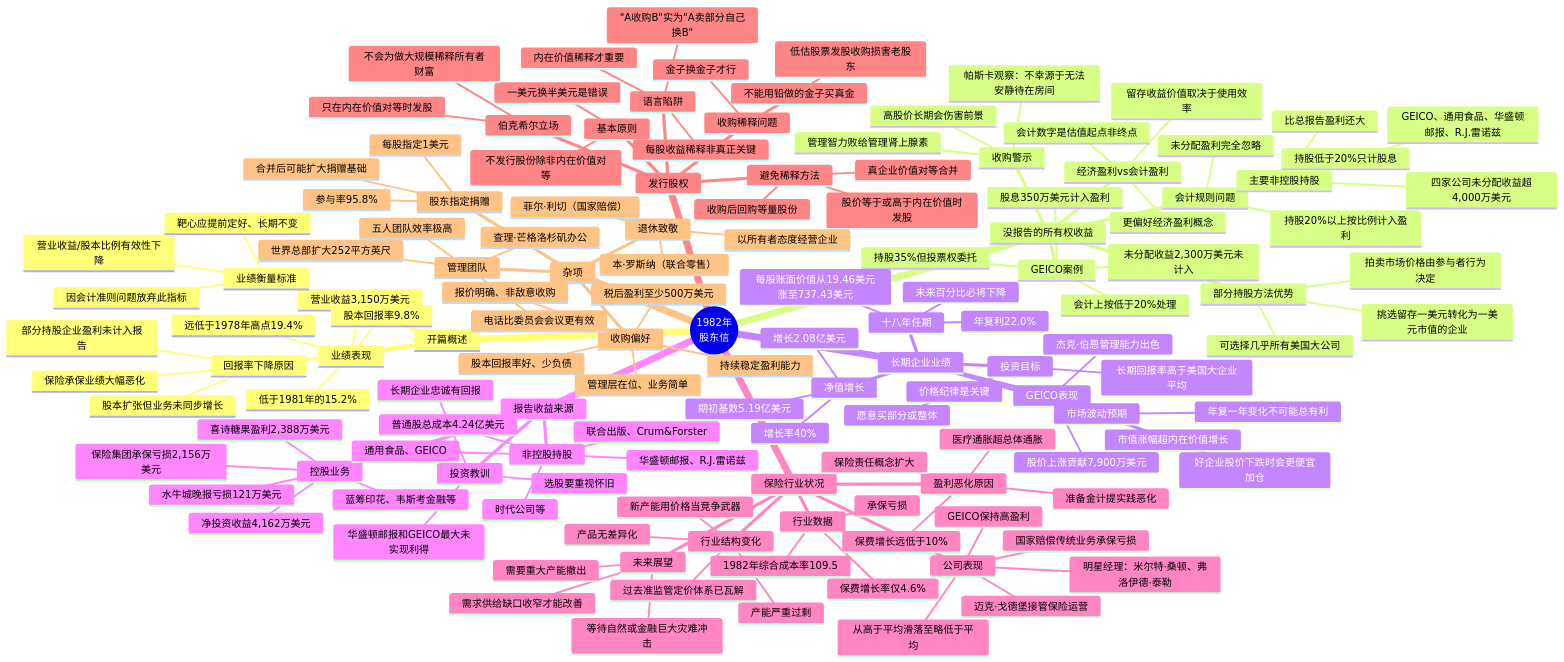
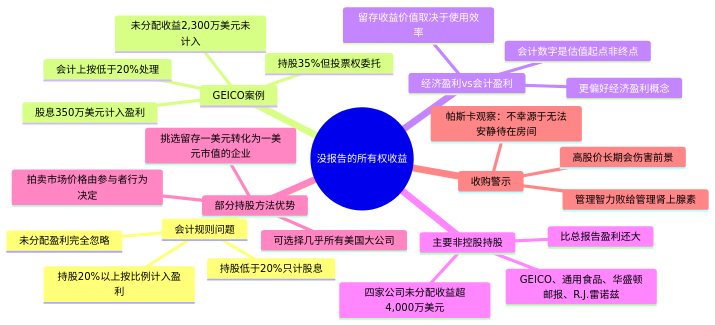
The third of 8 diagrams in docs/01_letters/1982年/思维导图.md (carllhm/buffett-knowledge-base), drawn with Mermaid before and after one commit. The commit also changed other lines of this file and 719 other files, not shown here.

Commit message:
思维导图重构：两级结构，总览+折叠子导图

````diff
--- a/docs/01_letters/1982年/思维导图.md
+++ b/docs/01_letters/1982年/思维导图.md
@@ -3,145 +83,29 @@
 ```mermaid
 mindmap
-  root((1982年<br/>股东信))
-    开篇概述
-      业绩表现
-        营业收益3,150万美元
-        股本回报率9.8%
-        低于1981年的15.2%
-        远低于1978年高点19.4%
-      回报率下降原因
-        保险承保业绩大幅恶化
-        股本扩张但业务未同步增长
-        部分持股企业盈利未计入报告
-      业绩衡量标准
-        营业收益/股本比例有效性下降
-        靶心应提前定好、长期不变
-        因会计准则问题放弃此指标
-    没报告的所有权收益
-      会计规则问题
-        持股20%以上按比例计入盈利
-        持股低于20%只计股息
-        未分配盈利完全忽略
-      GEICO案例
-        持股35%但投票权委托
-        会计上按低于20%处理
-        股息350万美元计入盈利
-        未分配收益2,300万美元未计入
-      经济盈利vs会计盈利
-        更偏好经济盈利概念
-        留存收益价值取决于使用效率
-        会计数字是估值起点非终点
-      主要非控股持股
-        四家公司未分配收益超4,000万美元
-        比总报告盈利还大
-        GEICO、通用食品、华盛顿邮报、R.J.雷诺兹
-      部分持股方法优势
-        可选择几乎所有美国大公司
-        拍卖市场价格由参与者行为决定
-        挑选留存一美元转化为一美元市值的企业
-      收购警示
-        管理智力败给管理肾上腺素
-        帕斯卡观察：不幸源于无法安静待在房间
-        高股价长期会伤害前景
-    长期企业业绩
-      净值增长
-        增长2.08亿美元
-        期初基数5.19亿美元
-        增长率40%
-      十八年任期
-        每股账面价值从19.46美元涨至737.43美元
-        年复利22.0%
-        未来百分比必将下降
-      投资目标
-        长期回报率高于美国大企业平均
-        愿意买部分或整体
-        价格纪律是关键
-      GEICO表现
-        股价上涨贡献7,900万美元
-        市值涨幅超内在价值增长
-        杰克·伯恩管理能力出色
-      市场波动预期
-        年复一年变化不可能总有利
-        好企业股价下跌时会更便宜加仓
-    报告收益来源
-      控股业务
-        保险集团承保亏损2,156万美元
-        净投资收益4,162万美元
-        喜诗糖果盈利2,388万美元
-        水牛城晚报亏损121万美元
-        蓝筹印花、韦斯考金融等
-      非控股持股
-        联合出版、Crum&Forster
-        通用食品、GEICO
-        华盛顿邮报、R.J.雷诺兹
-        时代公司等
-        普通股总成本4.24亿美元
-      投资教训
-        选股要重视怀旧
-        华盛顿邮报和GEICO最大未实现利得
-        长期企业忠诚有回报
-    保险行业状况
-      行业数据
-        1982年综合成本率109.5
-        承保亏损
-        保费增长率仅4.6%
-      盈利恶化原因
-        保费增长远低于10%
-        医疗通胀超总体通胀
-        保险责任概念扩大
-        准备金计提实践恶化
-      行业结构变化
-        过去准监管定价体系已瓦解
-        新产能用价格当竞争武器
-        产品无差异化
-        产能严重过剩
-      未来展望
-        需求供给缺口收窄才能改善
-        需要重大产能撤出
-        等待自然或金融巨大灾难冲击
-      公司表现
-        从高于平均滑落至略低于平均
-        国家赔偿传统业务承保亏损
-        明星经理：米尔特·桑顿、弗洛伊德·泰勒
-        迈克·戈德堡接管保险运营
-        GEICO保持高盈利
-    发行股权
-      基本原则
-        不发行股份除非内在价值对等
-        一美元换半美元是错误
-      收购稀释问题
-        低估股票发股收购损害老股东
-        金子换金子才行
-        不能用铅做的金子买真金
-      避免稀释方法
-        真企业价值对等合并
-        股价等于或高于内在价值时发股
-        收购后回购等量股份
-      语言陷阱
-        每股收益稀释非真正关键
-        内在价值稀释才重要
-        "A收购B"实为"A卖部分自己换B"
-      伯克希尔立场
-        不会为做大规模稀释所有者财富
-        只在内在价值对等时发股
-    杂项
-      收购偏好
-        税后盈利至少500万美元
-        持续稳定盈利能力
-        股本回报率好、少负债
-        管理层在位、业务简单
-        报价明确、非敌意收购
-      股东指定捐赠
-        参与率95.8%
-        每股指定1美元
-        合并后可能扩大捐赠基础
-      管理团队
-        世界总部扩大252平方英尺
-        五人团队效率极高
-        查理·芒格洛杉矶办公
-        电话比委员会会议更有效
-      退休致敬
-        菲尔·利切（国家赔偿）
-        本·罗斯纳（联合零售）
-        以所有者态度经营企业
+  root((没报告的所有权收益))
+    会计规则问题
+      持股20%以上按比例计入盈利
+      持股低于20%只计股息
+      未分配盈利完全忽略
+    GEICO案例
+      持股35%但投票权委托
+      会计上按低于20%处理
+      股息350万美元计入盈利
+      未分配收益2,300万美元未计入
+    经济盈利vs会计盈利
+      更偏好经济盈利概念
+      留存收益价值取决于使用效率
+      会计数字是估值起点非终点
+    主要非控股持股
+      四家公司未分配收益超4,000万美元
+      比总报告盈利还大
+      GEICO、通用食品、华盛顿邮报、R.J.雷诺兹
+    部分持股方法优势
+      可选择几乎所有美国大公司
+      拍卖市场价格由参与者行为决定
+      挑选留存一美元转化为一美元市值的企业
+    收购警示
+      管理智力败给管理肾上腺素
+      帕斯卡观察：不幸源于无法安静待在房间
+      高股价长期会伤害前景
 ```
````
